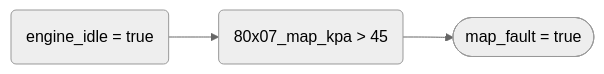
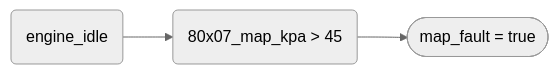
The tenth of 23 diagrams in README.md (andrewdjackson/rosco), drawn with Mermaid (neutral theme) before and after one commit. The commit also changed other lines of this file, not shown here.

````diff
--- a/README.md
+++ b/README.md
@@ -95,5 +95,5 @@
 ```mermaid
 flowchart LR
-Running("engine_idle = true") --> Metric
+Running("engine_idle") --> Metric
 Metric("80x07_map_kpa > 45") --> Result(["map_fault = true"])
 ```
````
